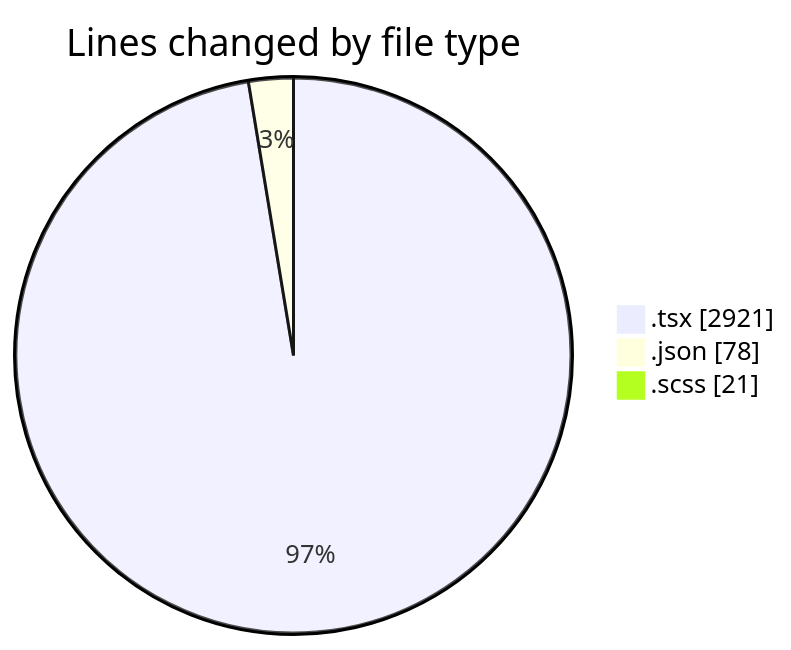
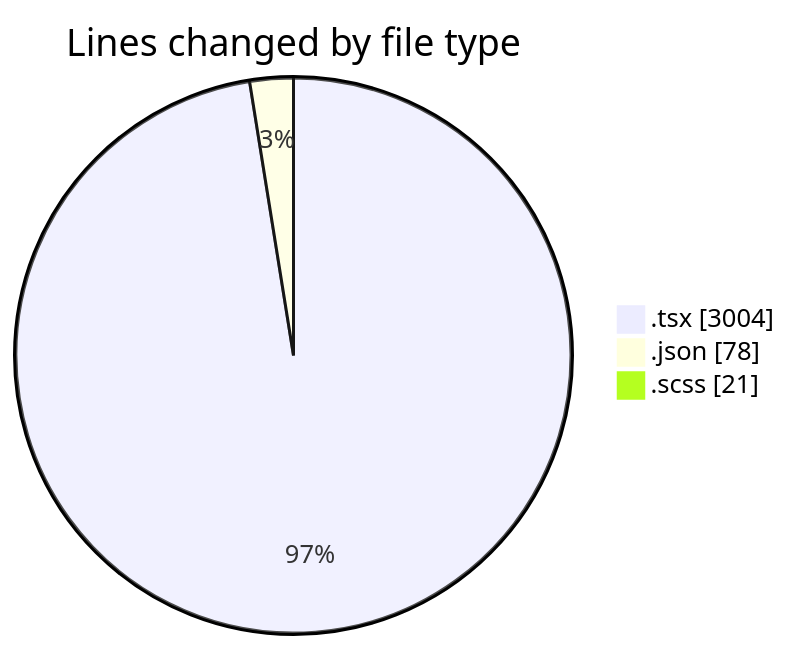
The first of 2 diagrams in 2026-09-29/cda/README.md (momahboobian/code-tracking), drawn with Mermaid before and after one commit. The commit also changed other lines of this file and 1 other file, not shown here.

````diff
--- a/2026-09-29/cda/README.md
+++ b/2026-09-29/cda/README.md
@@ -34,7 +34,7 @@
 ```mermaid
 pie showData
 title Lines changed by file type
-".tsx" : 2921
+".tsx" : 3004
 ".json" : 78
 ".scss" : 21
 ```
````
